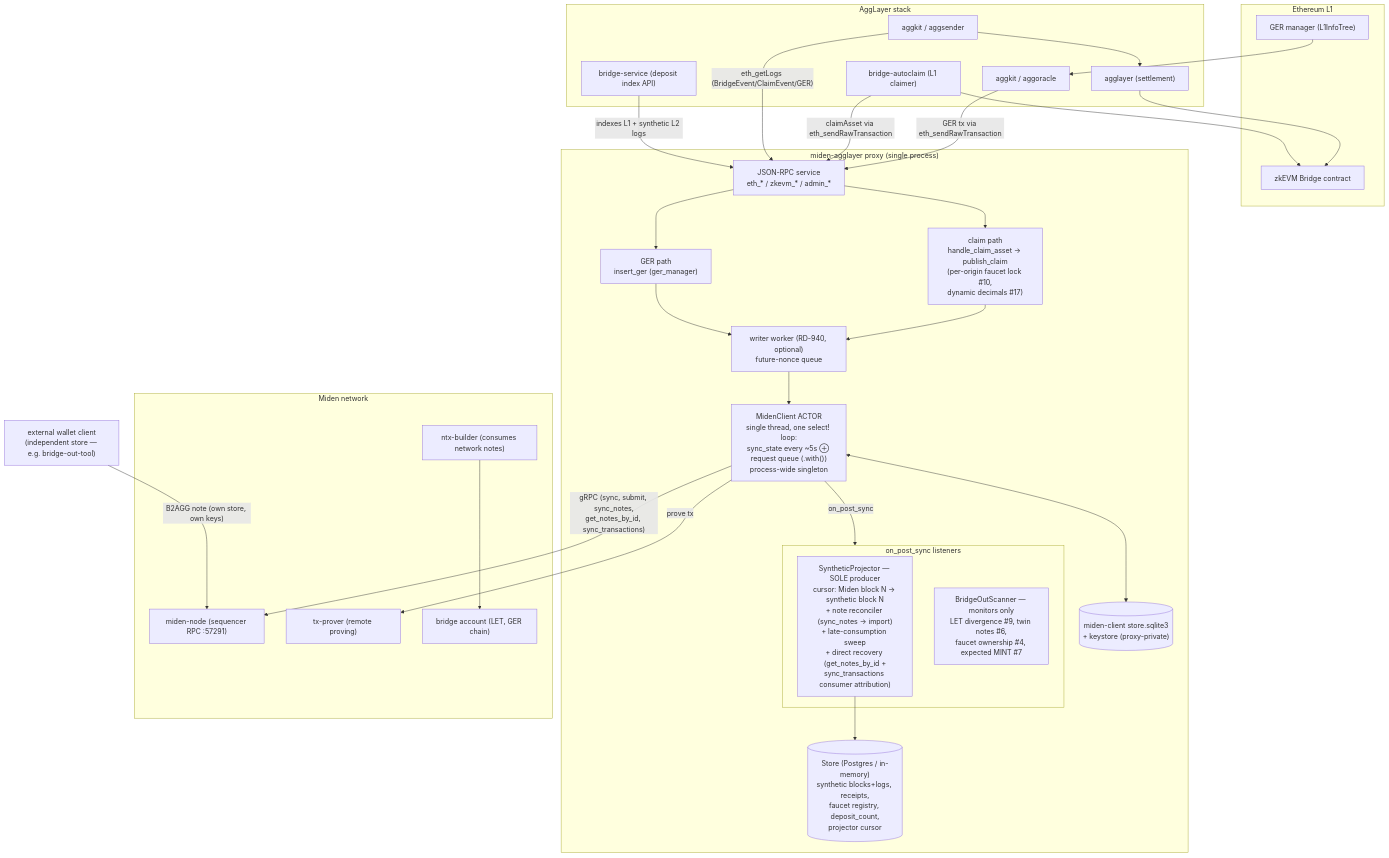
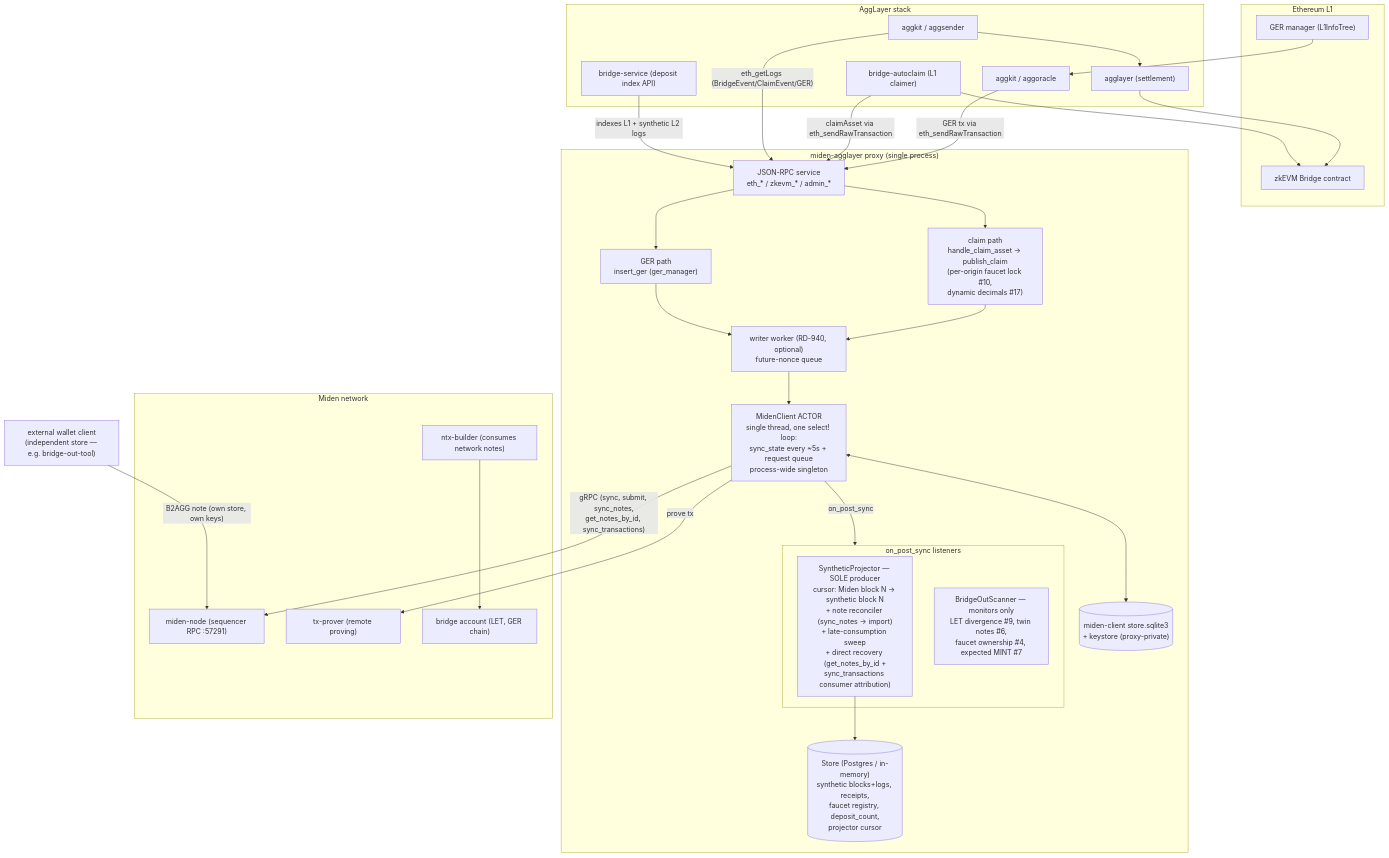
Before and after one commit to gateway-fm/miden-agglayer: the first of 7 diagrams in docs/ARCHITECTURE.md, drawn with Mermaid. The commit also changed other lines of this file, not shown here.

Commit message:
docs: fix Mermaid parse errors (semicolon splits statements, bare () token)

````diff
--- a/docs/ARCHITECTURE.md
+++ b/docs/ARCHITECTURE.md
@@ -9,55 +9,55 @@
 ```mermaid
 flowchart TD
     subgraph L1["Ethereum L1"]
         BRIDGE_L1["zkEVM Bridge contract"]
         GERM_L1["GER manager (L1InfoTree)"]
     end
 
     subgraph AGG["AggLayer stack"]
         AGGORACLE["aggkit / aggoracle"]
         AGGSENDER["aggkit / aggsender"]
         AGL["agglayer (settlement)"]
         BSVC["bridge-service (deposit index API)"]
         AUTOCLAIM["bridge-autoclaim (L1 claimer)"]
     end
 
     subgraph PROXY["miden-agglayer proxy (single process)"]
         RPC["JSON-RPC service<br/>eth_* / zkevm_* / admin_*"]
         CLAIM["claim path<br/>handle_claim_asset → publish_claim<br/>(per-origin faucet lock #10,<br/>dynamic decimals #17)"]
         GER["GER path<br/>insert_ger (ger_manager)"]
         WW["writer worker (RD-940, optional)<br/>future-nonce queue"]
-        MC["MidenClient ACTOR<br/>single thread, one select! loop:<br/>sync_state every ~5s ⊕ request queue (.with())<br/>process-wide singleton"]
+        MC["MidenClient ACTOR<br/>single thread, one select! loop:<br/>sync_state every ~5s + request queue<br/>process-wide singleton"]
         subgraph LISTENERS["on_post_sync listeners"]
             SP["SyntheticProjector — SOLE producer<br/>cursor: Miden block N → synthetic block N<br/>+ note reconciler (sync_notes → import)<br/>+ late-consumption sweep<br/>+ direct recovery (get_notes_by_id +<br/>sync_transactions consumer attribution)"]
             BOS["BridgeOutScanner — monitors only<br/>LET divergence #9, twin notes #6,<br/>faucet ownership #4, expected MINT #7"]
         end
         STORE[("Store (Postgres / in-memory)<br/>synthetic blocks+logs, receipts,<br/>faucet registry, deposit_count,<br/>projector cursor")]
         SQLITE[("miden-client store.sqlite3<br/>+ keystore (proxy-private)")]
     end
 
     subgraph MIDEN["Miden network"]
         NODE["miden-node (sequencer RPC :57291)"]
         NTX["ntx-builder (consumes network notes)"]
         PROVER["tx-prover (remote proving)"]
         BACC["bridge account (LET, GER chain)"]
     end
 
     EXTW["external wallet client<br/>(independent store — e.g. bridge-out-tool)"]
 
     AGGORACLE -- "GER tx via eth_sendRawTransaction" --> RPC
     AUTOCLAIM -- "claimAsset via eth_sendRawTransaction" --> RPC
     AGGSENDER -- "eth_getLogs (BridgeEvent/ClaimEvent/GER)" --> RPC
     BSVC -- "indexes L1 + synthetic L2 logs" --> RPC
     RPC --> CLAIM & GER
     CLAIM & GER --> WW --> MC
     MC <--> SQLITE
     MC -- "gRPC (sync, submit, sync_notes,<br/>get_notes_by_id, sync_transactions)" --> NODE
     MC -- "prove tx" --> PROVER
     MC -- "on_post_sync" --> LISTENERS
     SP --> STORE
     NTX --> BACC
     EXTW -- "B2AGG note (own store, own keys)" --> NODE
     AGGSENDER --> AGL --> BRIDGE_L1
     AUTOCLAIM --> BRIDGE_L1
     GERM_L1 --> AGGORACLE
 ```
````
